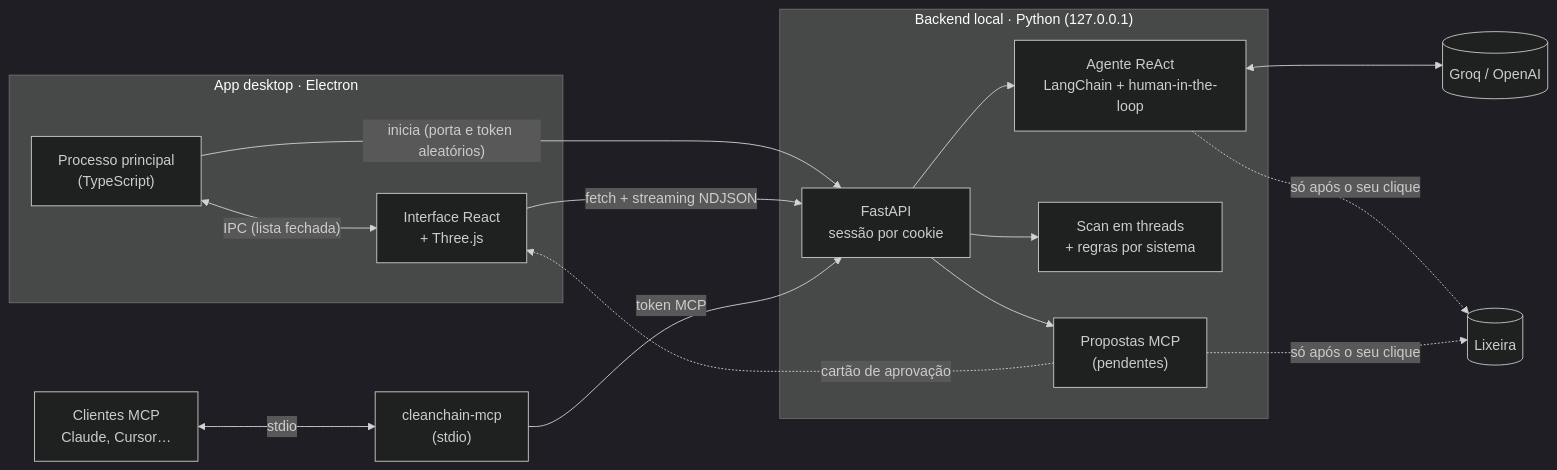
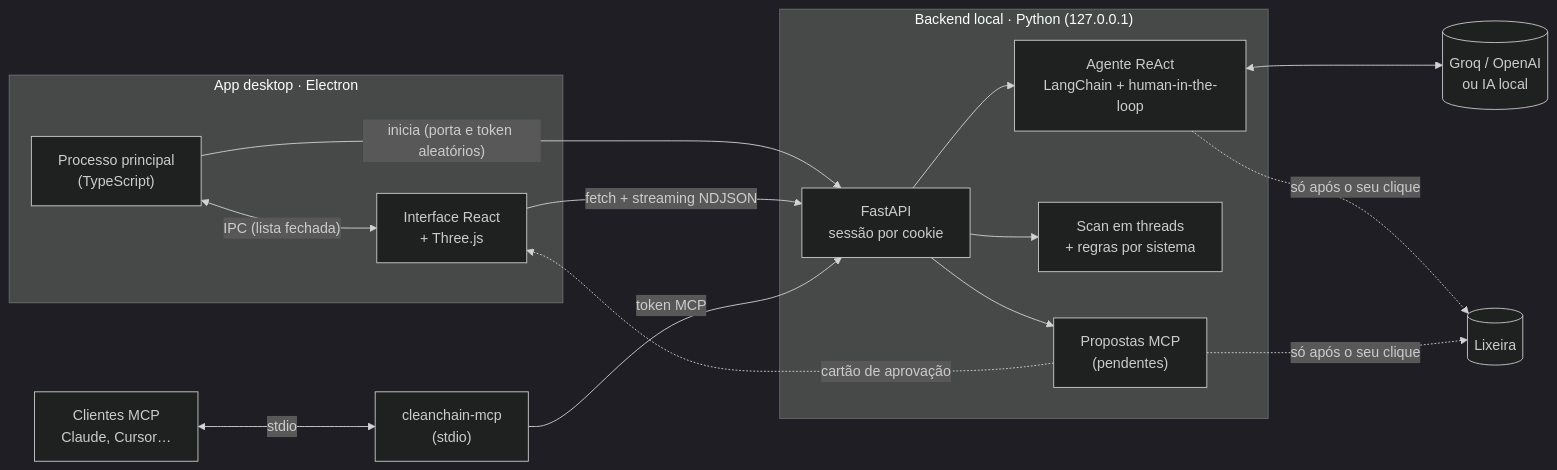
One commit to GuiMRDS/CleanChain changed the second of 2 diagrams in README.md. Above: the diagram before and after it, drawn with Mermaid (dark theme). The commit also changed other lines of this file and 24 other files, not shown here.

````diff
--- a/README.md
+++ b/README.md
@@ -302,27 +309,27 @@
 ```mermaid
 flowchart LR
     subgraph App["App desktop · Electron"]
         MAIN["Processo principal<br/>(TypeScript)"]
         UI["Interface React<br/>+ Three.js"]
         MAIN <-- "IPC (lista fechada)" --> UI
     end
     subgraph Local["Backend local · Python (127.0.0.1)"]
         API["FastAPI<br/>sessão por cookie"]
         AG["Agente ReAct<br/>LangChain + human-in-the-loop"]
         SCAN["Scan em threads<br/>+ regras por sistema"]
         PROP["Propostas MCP<br/>(pendentes)"]
     end
-    LLM[("Groq / OpenAI")]
+    LLM[("Groq / OpenAI<br/>ou IA local")]
     CLI["Clientes MCP<br/>Claude, Cursor…"]
     MCP["cleanchain-mcp<br/>(stdio)"]
     LIX[("Lixeira")]
 
     MAIN -- "inicia (porta e token aleatórios)" --> API
     UI -- "fetch + streaming NDJSON" --> API
     API --> AG & SCAN
     AG <--> LLM
     CLI <-- stdio --> MCP -- "token MCP" --> API --> PROP
     PROP -. "cartão de aprovação" .-> UI
     AG -. "só após o seu clique" .-> LIX
     PROP -. "só após o seu clique" .-> LIX
 ```
````
